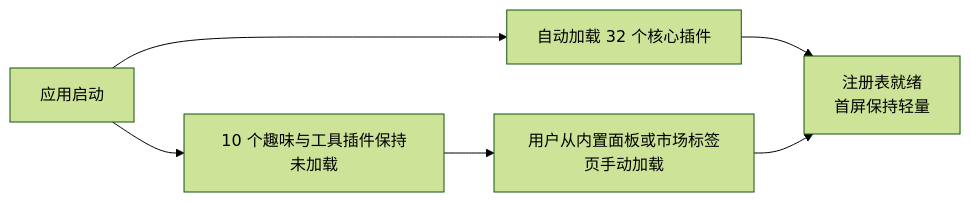
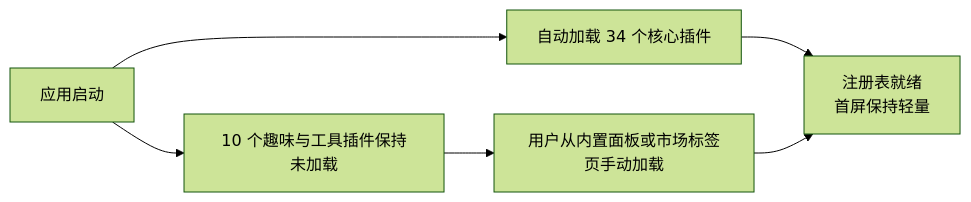
Before and after one commit to SnowLeopard-io/ErgalicsStudio: the second of 4 diagrams in docs/technical/03-插件系统.md, drawn with Mermaid (forest theme). The commit also changed other lines of this file and 44 other files, not shown here.

````diff
--- a/docs/technical/03-插件系统.md
+++ b/docs/technical/03-插件系统.md
@@ -135,8 +137,8 @@
 ```mermaid
 flowchart LR
-    A["应用启动"] --> B["自动加载 32 个核心插件"]
+    A["应用启动"] --> B["自动加载 34 个核心插件"]
     A --> C["10 个趣味与工具插件保持未加载"]
     C --> D["用户从内置面板或市场标签页手动加载"]
     B --> E["注册表就绪<br/>首屏保持轻量"]
     D --> E
 ```
````
